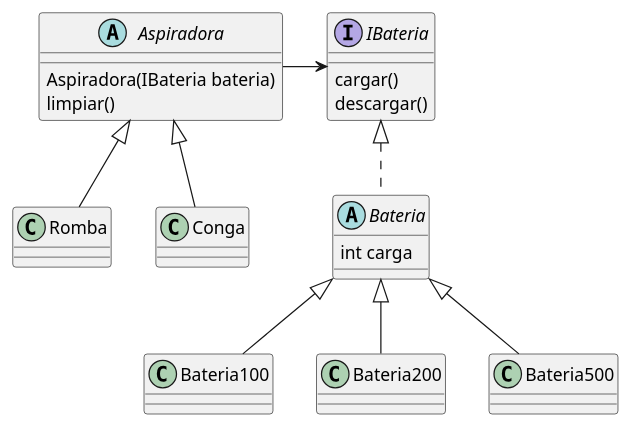
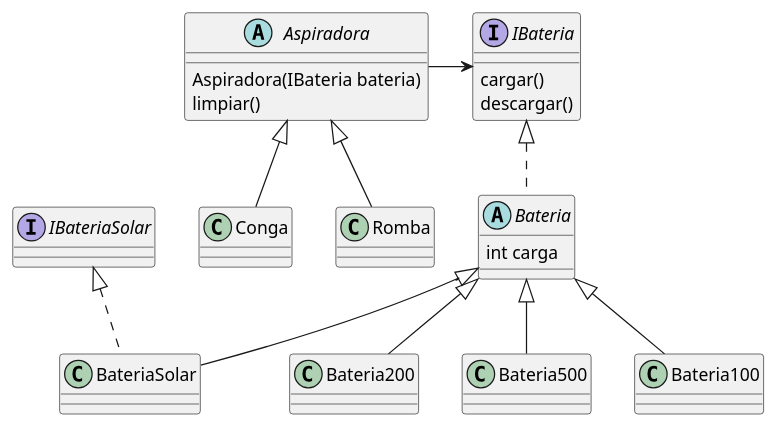
Before and after one commit to mmasias/mmasias: the diagram in aspiradora.puml, drawn with PlantUML.

Commit message:
Proceso de creación...

```diff
--- a/aspiradora.puml
+++ b/aspiradora.puml
@@ -1,31 +1,38 @@
 @startuml
 abstract class Bateria{
 int carga
 }
 abstract class Aspiradora {
 Aspiradora(IBateria bateria)
 limpiar()
 }
 
 interface IBateria {
 cargar()
 descargar()
 }
 
+interface IBateriaSolar{}
+
 class Romba
 class Conga
 
 class Bateria100
 class Bateria200
 class Bateria500
+class BateriaSolar
 
 Aspiradora -r-> IBateria
 Bateria .u.|> IBateria
 
 Romba -u-|> Aspiradora
 Conga -u-|> Aspiradora
 
 Bateria100 -u-|> Bateria
 Bateria200 -u-|> Bateria
 Bateria500 -u-|> Bateria
+
+BateriaSolar -u-|> Bateria
+BateriaSolar .u.|> IBateriaSolar
+
 @enduml
```
